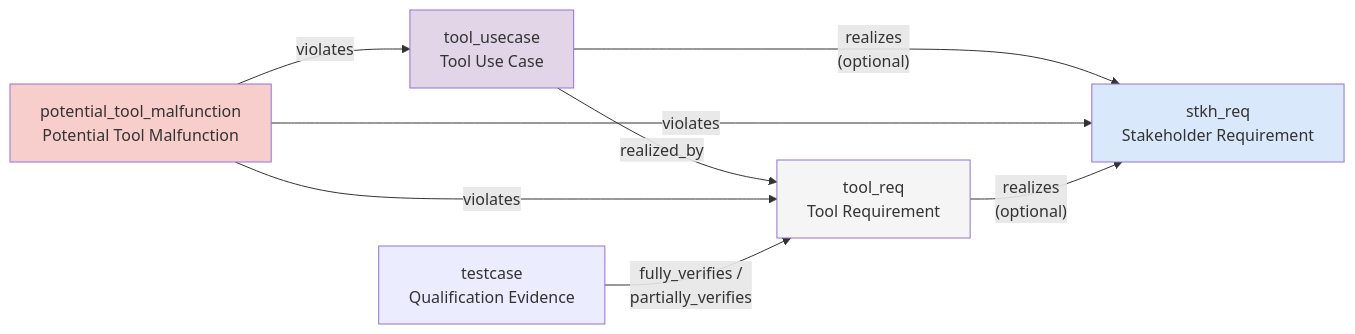
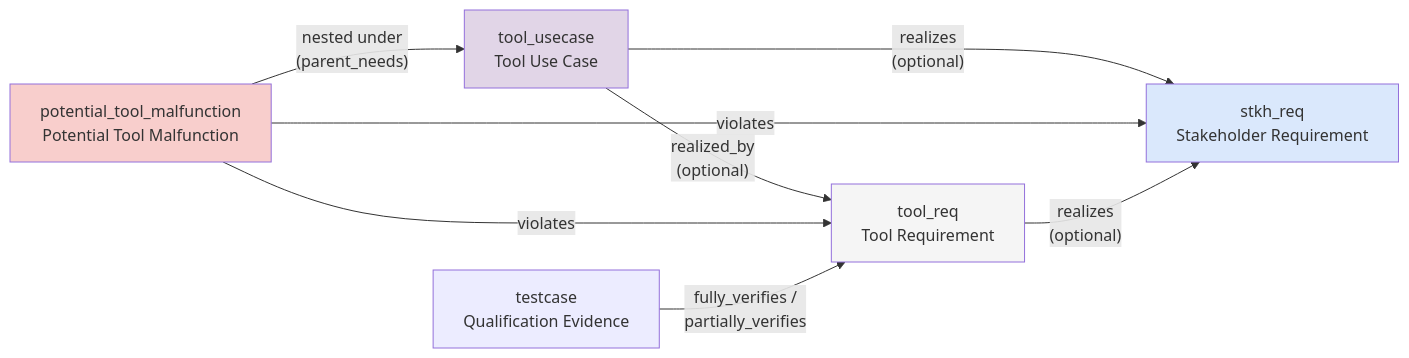
The first of 14 diagrams in docs/how-to/perform_tool_verification.md (etas-contrib/score_docs-as-code), drawn with Mermaid before and after one commit. The commit also changed other lines of this file and 11 other files, not shown here.

````diff
--- a/docs/how-to/perform_tool_verification.md
+++ b/docs/how-to/perform_tool_verification.md
@@ -51,24 +51,24 @@
 ```{mermaid}
 flowchart LR
     UC["tool_usecase<br/>Tool Use Case"]
     PM["potential_tool_malfunction<br/>Potential Tool Malfunction"]
 
     STKH["stkh_req<br/>Stakeholder Requirement"]
     TR["tool_req<br/>Tool Requirement"]
     TC["testcase<br/>Qualification Evidence"]
 
     UC -->|"realizes<br/>(optional)"| STKH
-    UC -->|"realized_by"| TR
+    UC -->|"realized_by<br/>(optional)"| TR
 
-    PM -->|"violates"| UC
+    PM -->|"nested under<br/>(parent_needs)"| UC
     PM -->|"violates"| STKH
     PM -->|"violates"| TR
 
     TC -->|"fully_verifies /<br/>partially_verifies"| TR
     TR -->|"realizes<br/>(optional)"| STKH
 
     style UC fill:#E1D5E7
     style PM fill:#F8CECC
     style STKH fill:#DAE8FC
     style TR fill:#F5F5F5
 ```
````
